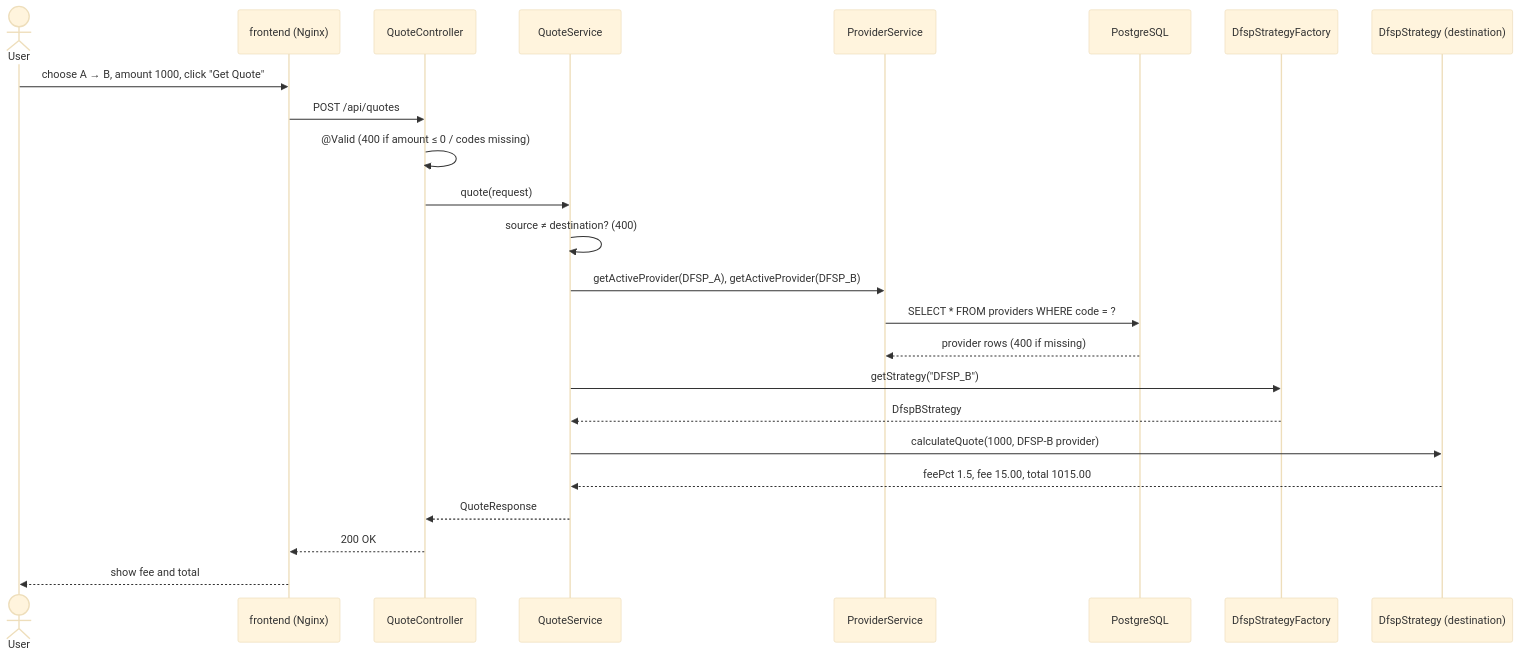
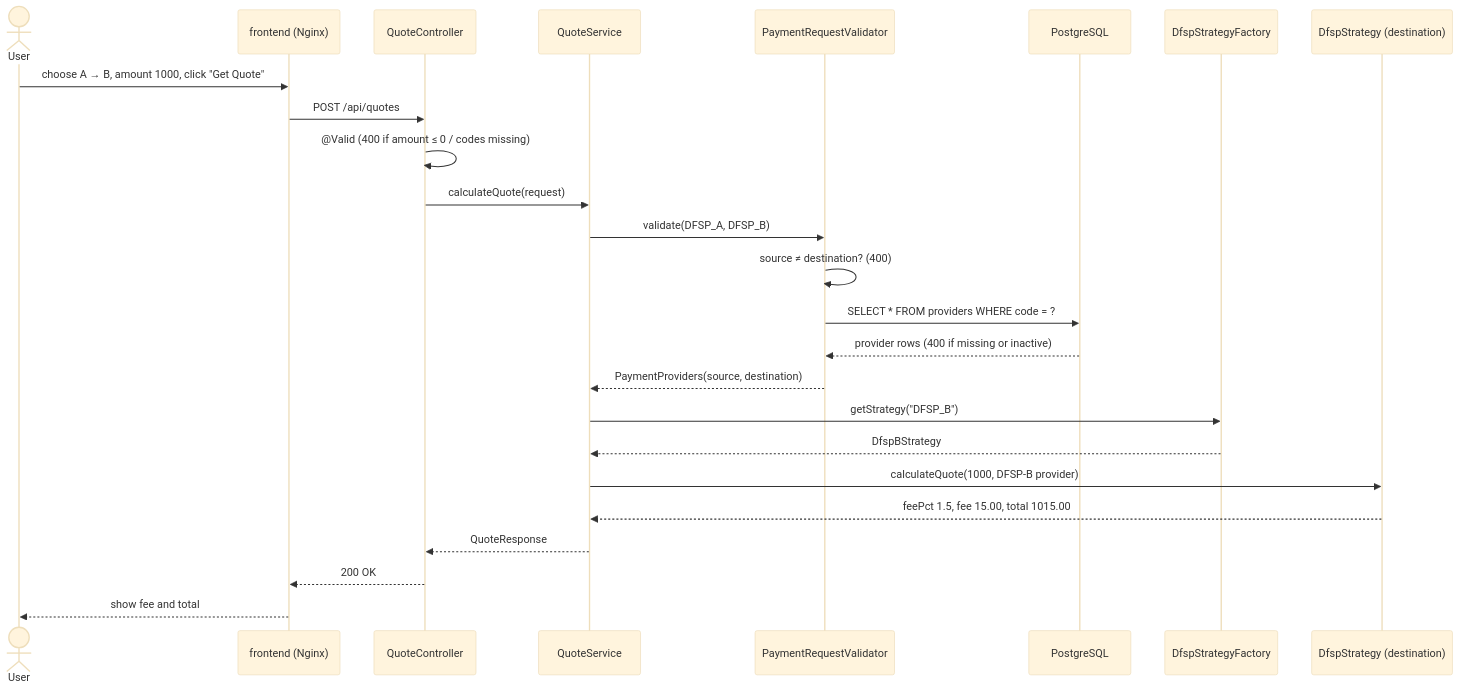
One commit to ProvaPaul/Mini-Payment-Router-Simulator changed the third of 5 diagrams in docs/ARCHITECTURE.md. Above: the diagram before and after it, drawn with Mermaid (base theme). The commit also changed other lines of this file and 13 other files, not shown here.

Commit message:
validate payment requests

````diff
--- a/docs/ARCHITECTURE.md
+++ b/docs/ARCHITECTURE.md
@@ -328,27 +329,28 @@
 ```mermaid
 sequenceDiagram
     actor U as User
     participant FE as frontend (Nginx)
     participant QC as QuoteController
     participant QS as QuoteService
-    participant PS as ProviderService
+    participant PV as PaymentRequestValidator
     participant DB as PostgreSQL
     participant SF as DfspStrategyFactory
     participant ST as DfspStrategy (destination)
 
     U->>FE: choose A → B, amount 1000, click "Get Quote"
     FE->>QC: POST /api/quotes
     QC->>QC: @Valid (400 if amount ≤ 0 / codes missing)
-    QC->>QS: quote(request)
-    QS->>QS: source ≠ destination? (400)
-    QS->>PS: getActiveProvider(DFSP_A), getActiveProvider(DFSP_B)
-    PS->>DB: SELECT * FROM providers WHERE code = ?
-    DB-->>PS: provider rows (400 if missing)
+    QC->>QS: calculateQuote(request)
+    QS->>PV: validate(DFSP_A, DFSP_B)
+    PV->>PV: source ≠ destination? (400)
+    PV->>DB: SELECT * FROM providers WHERE code = ?
+    DB-->>PV: provider rows (400 if missing or inactive)
+    PV-->>QS: PaymentProviders(source, destination)
     QS->>SF: getStrategy("DFSP_B")
     SF-->>QS: DfspBStrategy
     QS->>ST: calculateQuote(1000, DFSP-B provider)
     ST-->>QS: feePct 1.5, fee 15.00, total 1015.00
     QS-->>QC: QuoteResponse
     QC-->>FE: 200 OK
     FE-->>U: show fee and total
 ```
````
